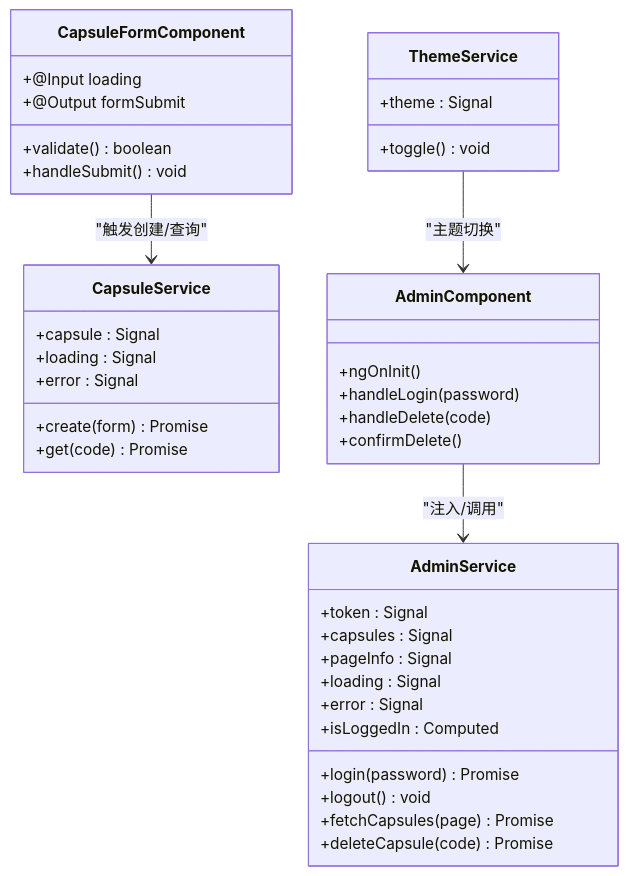
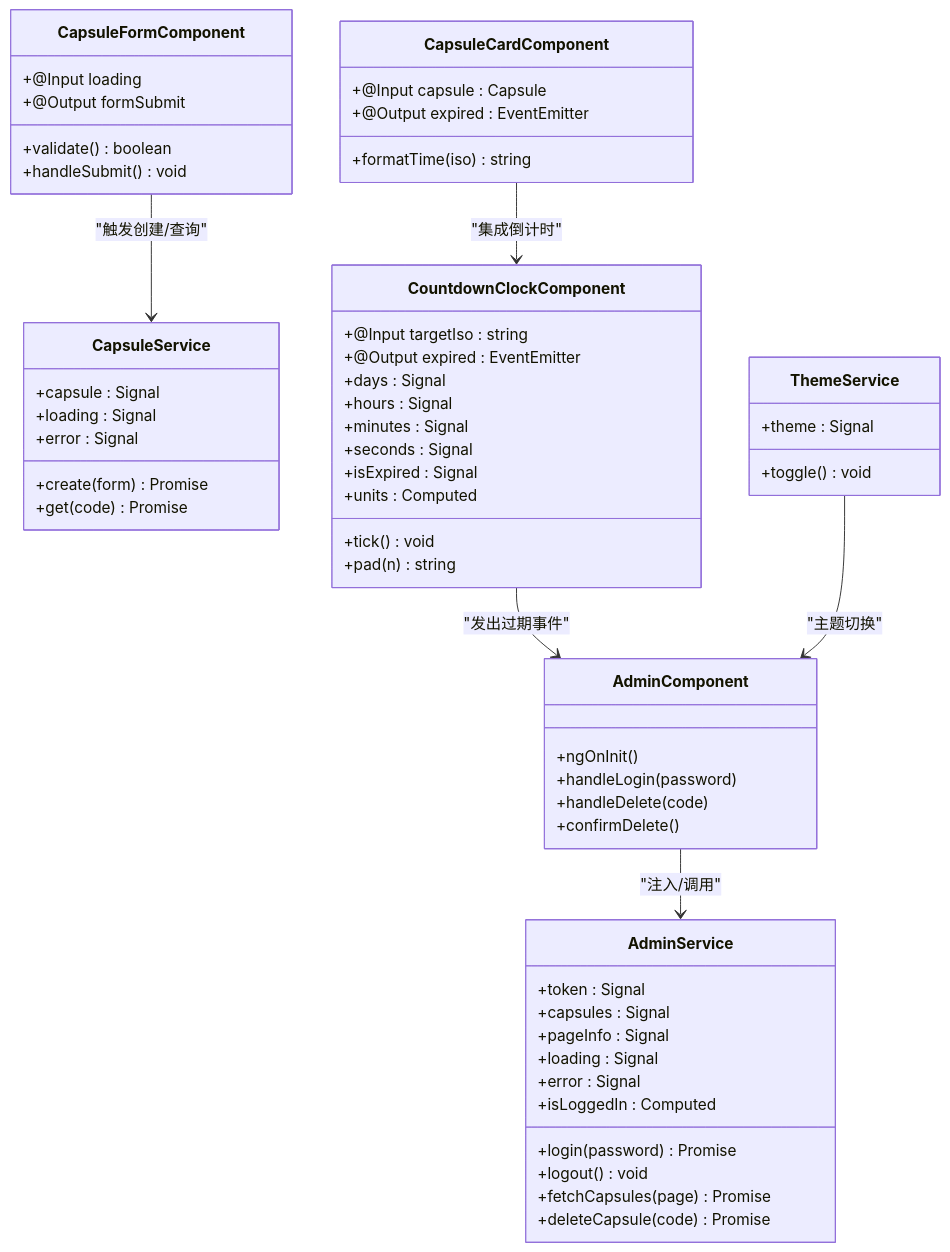
The third of 9 diagrams in .qoder/repowiki/zh/content/前端实现详解/Angular 实现/Angular 实现.md (alexy2008/TimeCapsule), drawn with Mermaid before and after one commit. The commit also changed other lines of this file and 22 other files, not shown here.

````diff
--- a/.qoder/repowiki/zh/content/前端实现详解/Angular 实现/Angular 实现.md
+++ b/.qoder/repowiki/zh/content/前端实现详解/Angular 实现/Angular 实现.md
@@ -149,41 +177,60 @@
 ```mermaid
 classDiagram
 class CapsuleService {
 +capsule : Signal<Capsule|null>
 +loading : Signal<boolean>
 +error : Signal<string|null>
 +create(form) Promise<Capsule>
 +get(code) Promise<Capsule>
 }
 class AdminService {
 +token : Signal<string|null>
 +capsules : Signal<Capsule[]>
 +pageInfo : Signal<PageInfo>
 +loading : Signal<boolean>
 +error : Signal<string|null>
 +isLoggedIn : Computed<boolean>
 +login(password) Promise<void>
 +logout() void
 +fetchCapsules(page) Promise<void>
 +deleteCapsule(code) Promise<void>
 }
 class ThemeService {
 +theme : Signal<Theme>
 +toggle() void
 }
+class CountdownClockComponent {
++@Input targetIso : string
++@Output expired : EventEmitter
++days : Signal<number>
++hours : Signal<number>
++minutes : Signal<number>
++seconds : Signal<number>
++isExpired : Signal<boolean>
++units : Computed
++tick() void
++pad(n) string
+}
+class CapsuleCardComponent {
++@Input capsule : Capsule
++@Output expired : EventEmitter
++formatTime(iso) string
+}
 class AdminComponent {
 +ngOnInit()
 +handleLogin(password)
 +handleDelete(code)
 +confirmDelete()
 }
 class CapsuleFormComponent {
 +@Input loading
 +@Output formSubmit
 +validate() boolean
 +handleSubmit() void
 }
 AdminComponent --> AdminService : "注入/调用"
 CapsuleFormComponent --> CapsuleService : "触发创建/查询"
+CapsuleCardComponent --> CountdownClockComponent : "集成倒计时"
+CountdownClockComponent --> AdminComponent : "发出过期事件"
 ThemeService --> AdminComponent : "主题切换"
 ```
````
